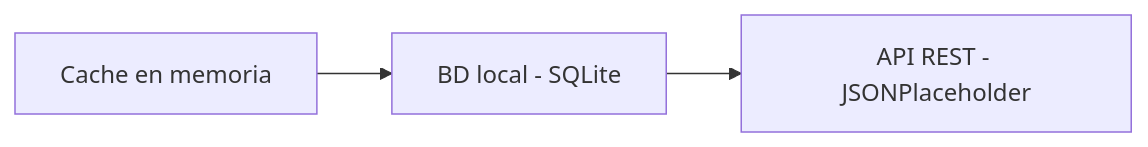
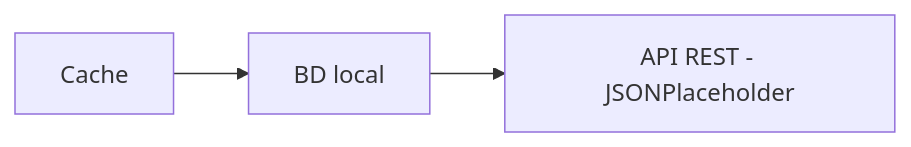
One commit to Cristian-1990/RepositorioRemoto changed the diagram in README.md. Above: the diagram before and after it, drawn with Mermaid. The commit also changed other lines of this file, not shown here.

````diff
--- a/README.md
+++ b/README.md
@@ -37,4 +45,4 @@
 ```mermaid
 flowchart LR
-    A[Cache en memoria] --> B[BD local - SQLite] --> C[API REST - JSONPlaceholder]
+    A[Cache] --> B[BD local] --> C[API REST - JSONPlaceholder]
 ```
````
